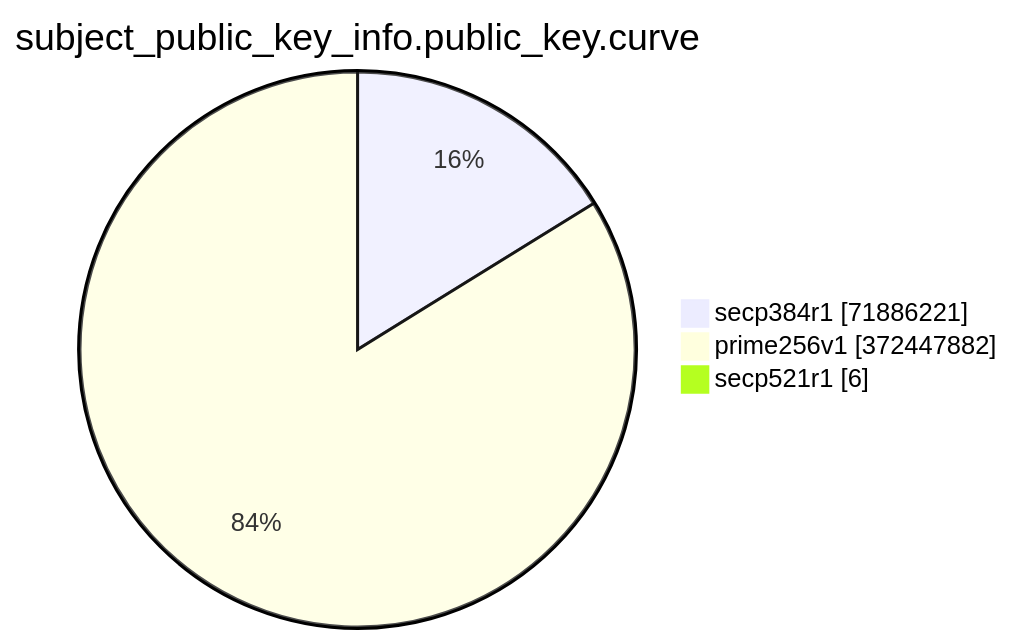
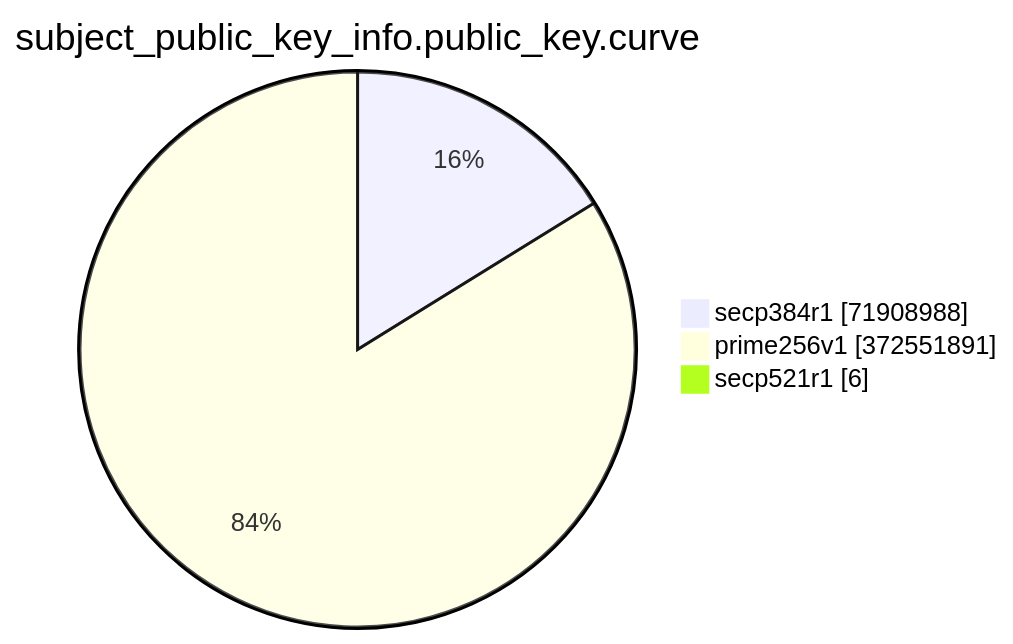
One commit to christiankrug/ctmonitor_visualization changed the eighth of 15 diagrams in TOTAL/README.md. Above: the diagram before and after it, drawn with Mermaid. The commit also changed other lines of this file, not shown here.

````diff
--- a/TOTAL/README.md
+++ b/TOTAL/README.md
@@ -3094,7 +3094,7 @@
 ```mermaid
 pie showData
 title subject_public_key_info.public_key.curve
-"secp384r1" :71886221
-"prime256v1" :372447882
+"secp384r1" :71908988
+"prime256v1" :372551891
 "secp521r1" :6
 ```
````
